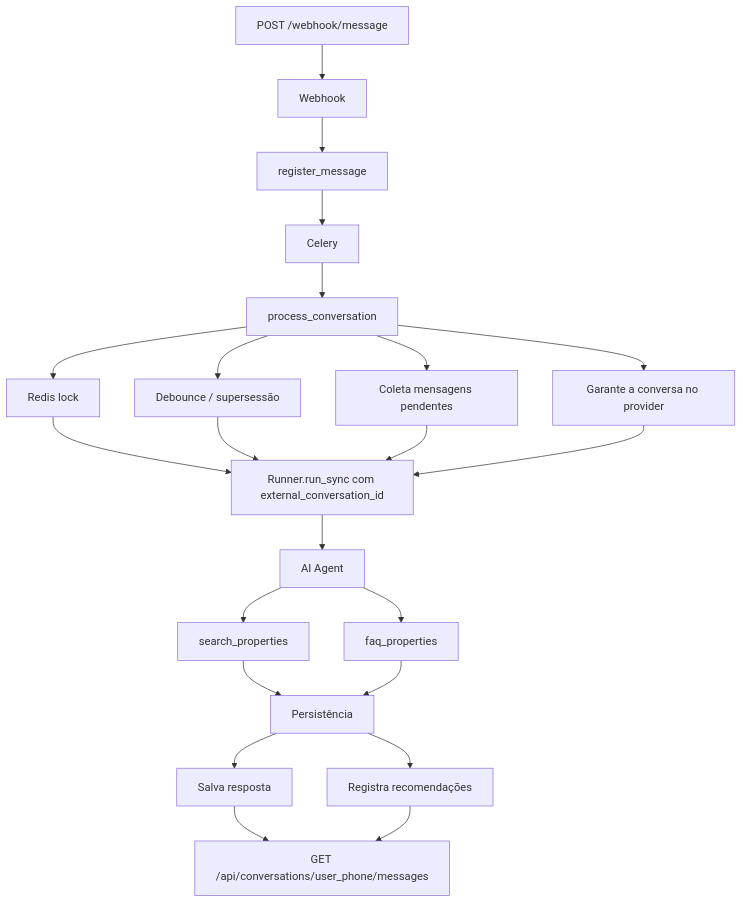
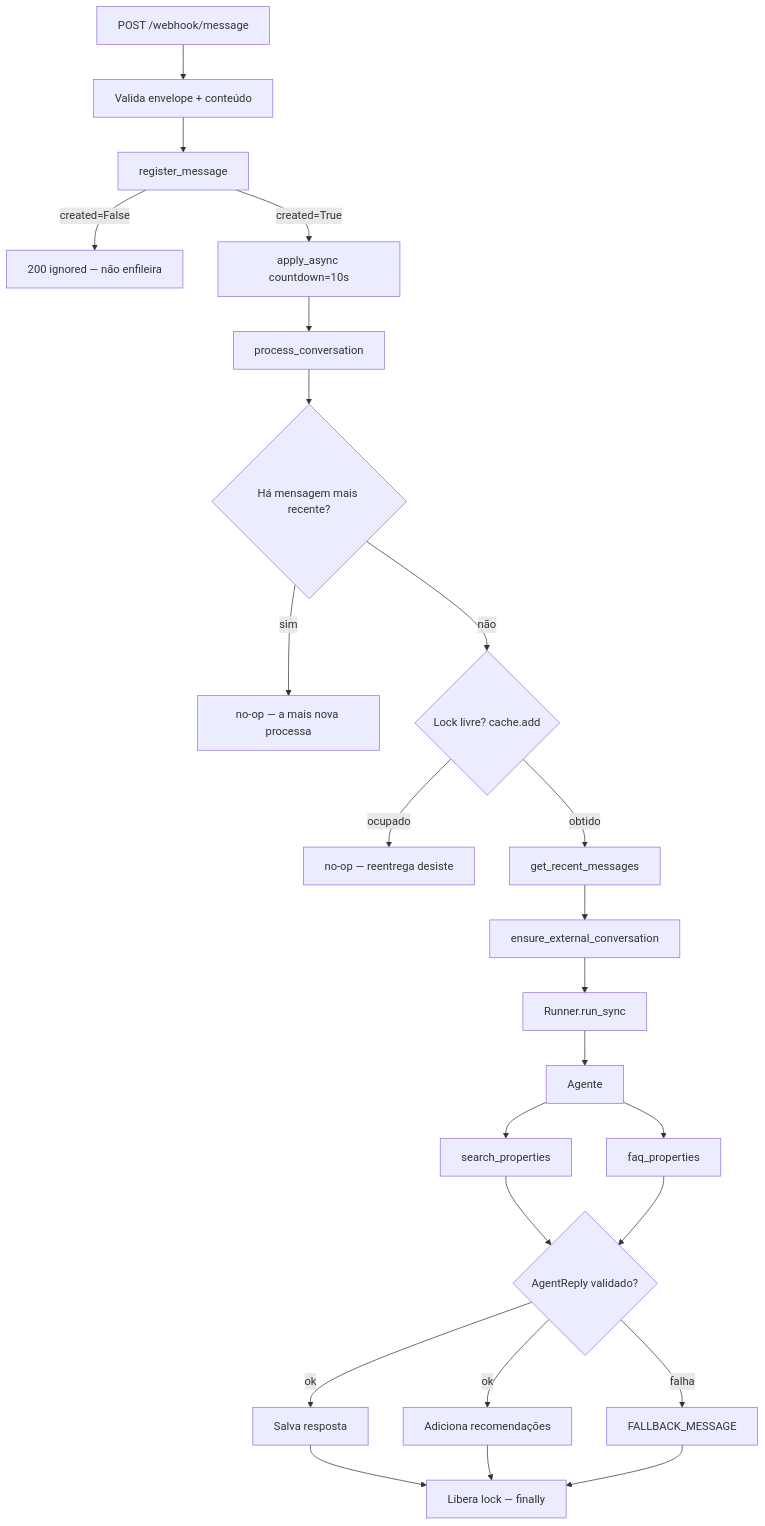
The first of 2 diagrams in ARCHITECTURE.md (woshington/realmate), drawn with Mermaid before and after one commit. The commit also changed other lines of this file and 1 other file, not shown here.

Commit message:
Refine Celery task schedules, reduce inactivity timeout to 1 hour, and update architecture documentation with streamlined structure and additional context.

````diff
--- a/ARCHITECTURE.md
+++ b/ARCHITECTURE.md
@@ -13,25 +85,27 @@
 ```mermaid
 flowchart TD
-    A[POST /webhook/message] --> B[Webhook]
+    A[POST /webhook/message] --> B[Valida envelope + conteúdo]
     B --> C[register_message]
-    C --> D[Celery]
+    C -->|created=False| C2[200 ignored — não enfileira]
+    C -->|created=True| D[apply_async countdown=10s]
     D --> E[process_conversation]
-    
-    E --> F1[Redis lock]
-    E --> F2[Debounce / supersessão]
-    E --> F3[Coleta mensagens pendentes]
-    E --> F4[Garante a conversa no provider]
-    
-    F1 & F2 & F3 & F4 --> G[Runner.run_sync com external_conversation_id]
-    G --> H[AI Agent]
-    
+
+    E --> F1{Há mensagem mais recente?}
+    F1 -->|sim| F1X[no-op — a mais nova processa]
+    F1 -->|não| F2{Lock livre? cache.add}
+    F2 -->|ocupado| F2X[no-op — reentrega desiste]
+    F2 -->|obtido| F3[get_recent_messages]
+    F3 --> F4[ensure_external_conversation]
+    F4 --> G[Runner.run_sync]
+    G --> H[Agente]
     H --> I1[search_properties]
     H --> I2[faq_properties]
-    
-    I1 & I2 --> J[Persistência]
-    
-    J --> K1[Salva resposta]
-    J --> K2[Registra recomendações]
-    
-    K1 & K2 --> L[GET /api/conversations/user_phone/messages]
+    I1 --> J{AgentReply validado?}
+    I2 --> J
+    J -->|ok| K1[Salva resposta]
+    J -->|ok| K2[Adiciona recomendações]
+    J -->|falha| K3[FALLBACK_MESSAGE]
+    K1 --> M[Libera lock — finally]
+    K2 --> M
+    K3 --> M
 ```
````
